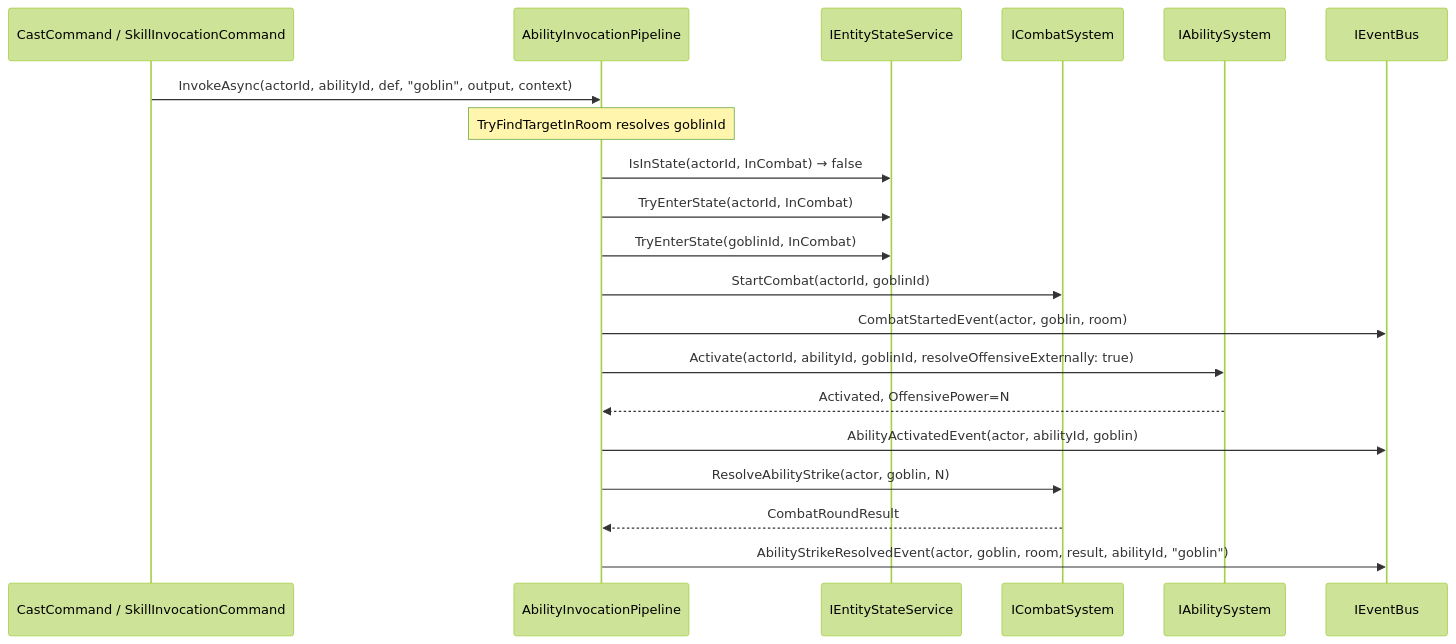
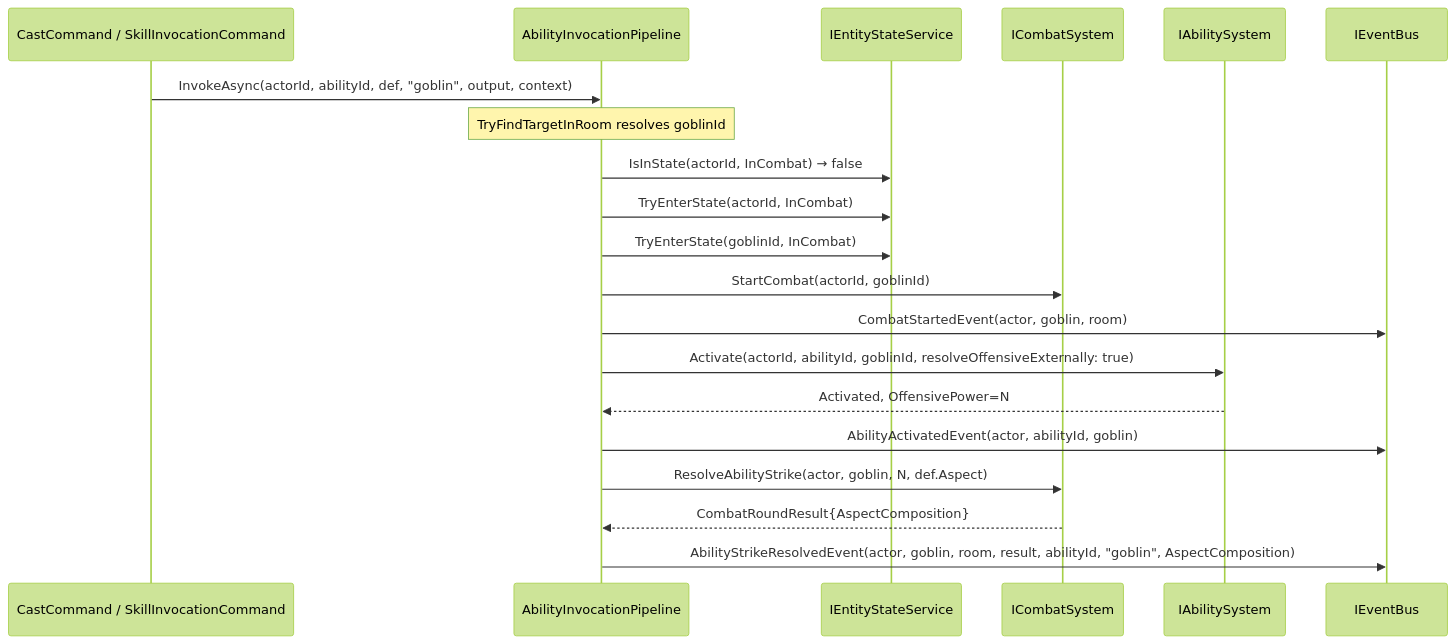
Before and after one commit to dmbyer/Hedron: the diagram in docs/architecture/flows/flow-26-offensive-ability-opens-combat.md, drawn with Mermaid (forest theme). The commit also changed other lines of this file and 40 other files, not shown here.

````diff
--- a/docs/architecture/flows/flow-26-offensive-ability-opens-combat.md
+++ b/docs/architecture/flows/flow-26-offensive-ability-opens-combat.md
@@ -9,23 +9,23 @@
 ```mermaid
 sequenceDiagram
     participant Cmd as CastCommand / SkillInvocationCommand
     participant P as AbilityInvocationPipeline
     participant ESS as IEntityStateService
     participant CS as ICombatSystem
     participant AS as IAbilitySystem
     participant Bus as IEventBus
 
     Cmd->>P: InvokeAsync(actorId, abilityId, def, "goblin", output, context)
     note over P: TryFindTargetInRoom resolves goblinId
     P->>ESS: IsInState(actorId, InCombat) → false
     P->>ESS: TryEnterState(actorId, InCombat)
     P->>ESS: TryEnterState(goblinId, InCombat)
     P->>CS: StartCombat(actorId, goblinId)
     P->>Bus: CombatStartedEvent(actor, goblin, room)
     P->>AS: Activate(actorId, abilityId, goblinId, resolveOffensiveExternally: true)
     AS-->>P: Activated, OffensivePower=N
     P->>Bus: AbilityActivatedEvent(actor, abilityId, goblin)
-    P->>CS: ResolveAbilityStrike(actor, goblin, N)
-    CS-->>P: CombatRoundResult
-    P->>Bus: AbilityStrikeResolvedEvent(actor, goblin, room, result, abilityId, "goblin")
+    P->>CS: ResolveAbilityStrike(actor, goblin, N, def.Aspect)
+    CS-->>P: CombatRoundResult{AspectComposition}
+    P->>Bus: AbilityStrikeResolvedEvent(actor, goblin, room, result, abilityId, "goblin", AspectComposition)
 ```
````
